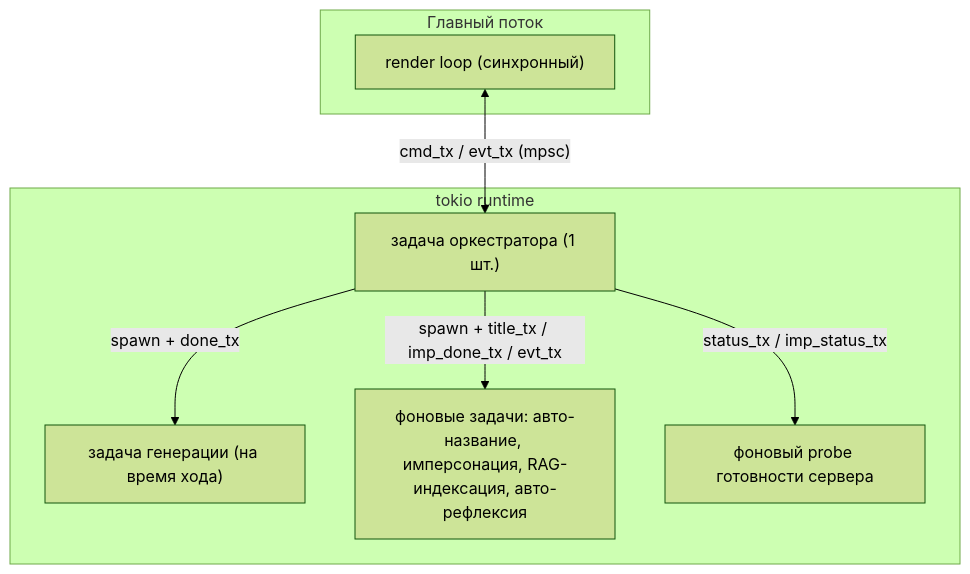
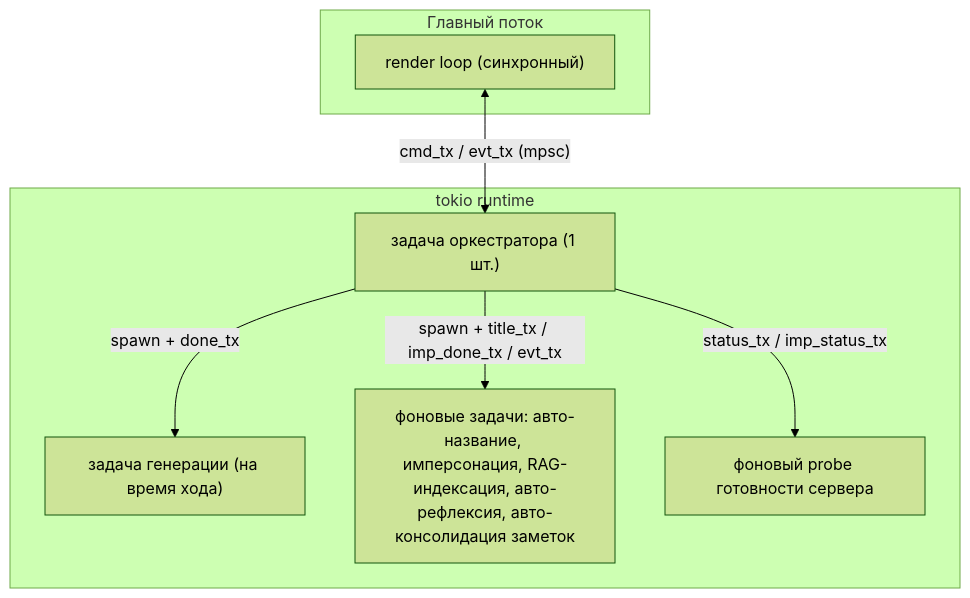
Before and after one commit to vshylov/mindfork-rs: diagram 12 of 12 in docs/architecture.md, drawn with Mermaid (forest theme). The commit also changed other lines of this file and 11 other files, not shown here.

First line of the commit message:
feat(notes): связность заметок — Ярус 3 (консолидация / «сон»)

````diff
--- a/docs/architecture.md
+++ b/docs/architecture.md
@@ -730,16 +730,16 @@
 ```mermaid
 flowchart TB
     subgraph MAIN["Главный поток"]
         L["render loop (синхронный)"]
     end
     subgraph RUNTIME["tokio runtime"]
         O["задача оркестратора (1 шт.)"]
         G["задача генерации (на время хода)"]
-        T["фоновые задачи: авто-название, имперсонация, RAG-индексация, авто-рефлексия"]
+        T["фоновые задачи: авто-название, имперсонация, RAG-индексация, авто-рефлексия, авто-консолидация заметок"]
         P["фоновый probe готовности сервера"]
     end
     L <-->|"cmd_tx / evt_tx (mpsc)"| O
     O -->|"spawn + done_tx"| G
     O -->|"spawn + title_tx / imp_done_tx / evt_tx"| T
     O -->|"status_tx / imp_status_tx"| P
 ```
````
